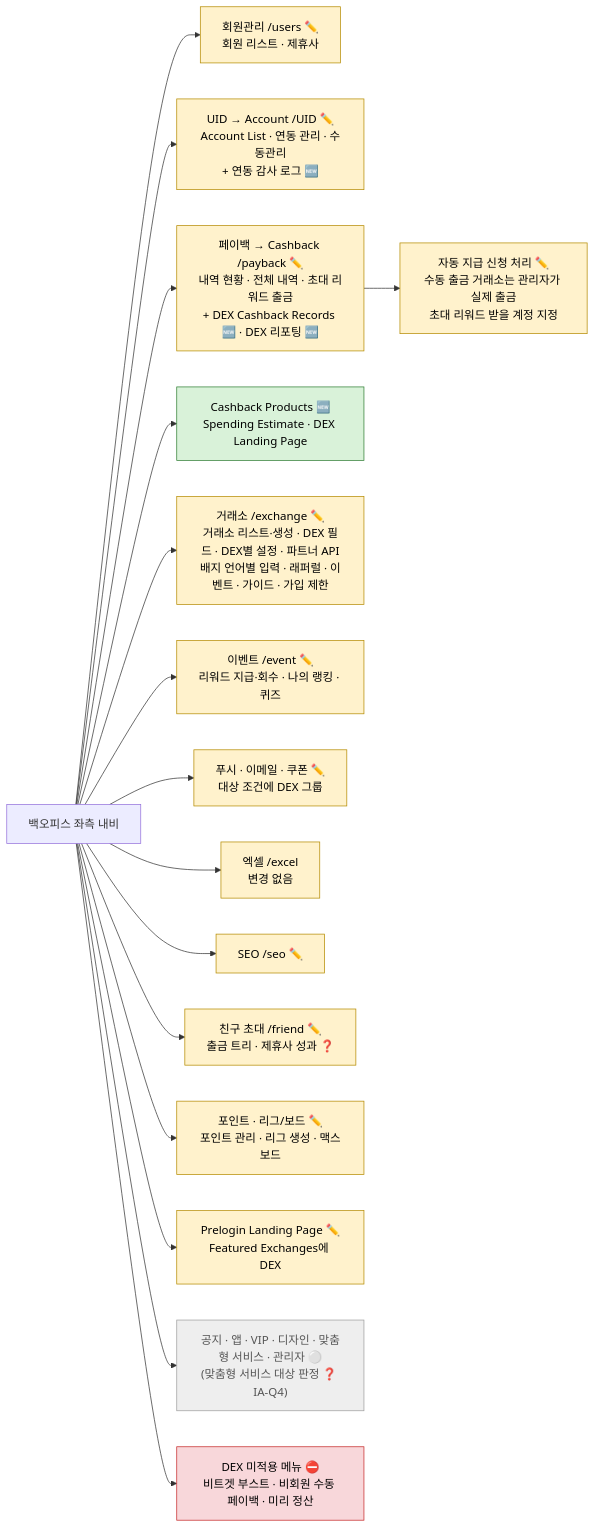
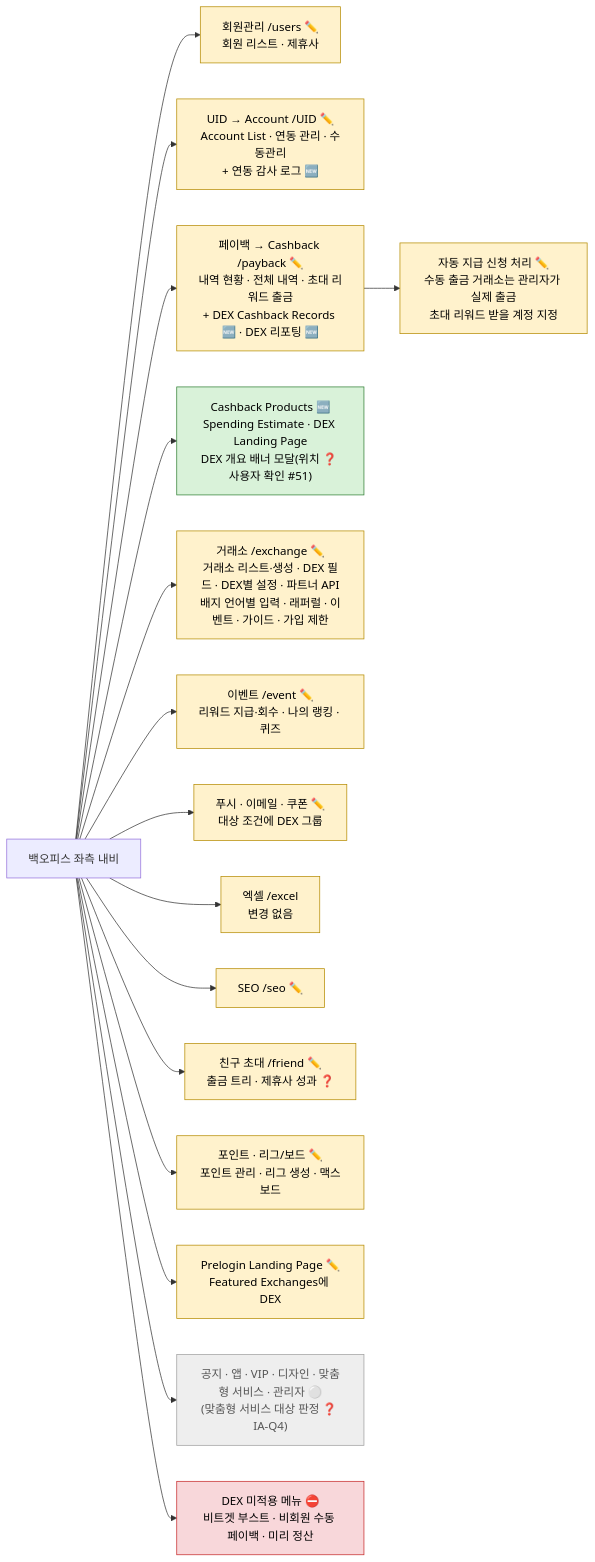
Before and after one commit to matthewforwork1213-collab/dex: the first of 6 diagrams in 02.기획문서/정보구조도_백오피스.md, drawn with Mermaid. The commit also changed other lines of this file and 34 other files, not shown here.

````diff
--- a/02.기획문서/정보구조도_백오피스.md
+++ b/02.기획문서/정보구조도_백오피스.md
@@ -46,24 +46,24 @@
 ```mermaid
 flowchart LR
     classDef new fill:#d9f2d9,stroke:#2e7d32,color:#000
     classDef chg fill:#fff2cc,stroke:#b58b00,color:#000
     classDef keep fill:#eeeeee,stroke:#9e9e9e,color:#555
     classDef no fill:#f8d7da,stroke:#c62828,color:#000
 
     BO["백오피스 좌측 내비"]
     BO --> M["회원관리 /users ✏️<br/>회원 리스트 · 제휴사"]:::chg
     BO --> AC["UID → Account /UID ✏️<br/>Account List · 연동 관리 · 수동관리<br/>+ 연동 감사 로그 🆕"]:::chg
     BO --> CB["페이백 → Cashback /payback ✏️<br/>내역 현황 · 전체 내역 · 초대 리워드 출금<br/>+ DEX Cashback Records 🆕 · DEX 리포팅 🆕"]:::chg
     CB --> AUTO["자동 지급 신청 처리 ✏️<br/>수동 출금 거래소는 관리자가 실제 출금<br/>초대 리워드 받을 계정 지정"]:::chg
-    BO --> CP["Cashback Products 🆕<br/>Spending Estimate · DEX Landing Page"]:::new
+    BO --> CP["Cashback Products 🆕<br/>Spending Estimate · DEX Landing Page<br/>DEX 개요 배너 모달(위치 ❓ 사용자 확인 #51)"]:::new
     BO --> EX["거래소 /exchange ✏️<br/>거래소 리스트·생성 · DEX 필드 · DEX별 설정 · 파트너 API<br/>배지 언어별 입력 · 래퍼럴 · 이벤트 · 가이드 · 가입 제한"]:::chg
     BO --> EV["이벤트 /event ✏️<br/>리워드 지급·회수 · 나의 랭킹 · 퀴즈"]:::chg
     BO --> MSG["푸시 · 이메일 · 쿠폰 ✏️<br/>대상 조건에 DEX 그룹"]:::chg
     BO --> XL["엑셀 /excel<br/>변경 없음"]:::chg
     BO --> SEO["SEO /seo ✏️"]:::chg
     BO --> FR["친구 초대 /friend ✏️<br/>출금 트리 · 제휴사 성과 ❓"]:::chg
     BO --> PTL["포인트 · 리그/보드 ✏️<br/>포인트 관리 · 리그 생성 · 맥스보드"]:::chg
     BO --> PLP["Prelogin Landing Page ✏️<br/>Featured Exchanges에 DEX"]:::chg
     BO --> KEEP["공지 · 앱 · VIP · 디자인 · 맞춤형 서비스 · 관리자 ⚪<br/>(맞춤형 서비스 대상 판정 ❓ IA-Q4)"]:::keep
     BO --> NOB["DEX 미적용 메뉴 ⛔<br/>비트겟 부스트 · 비회원 수동 페이백 · 미리 정산"]:::no
 ```
````
